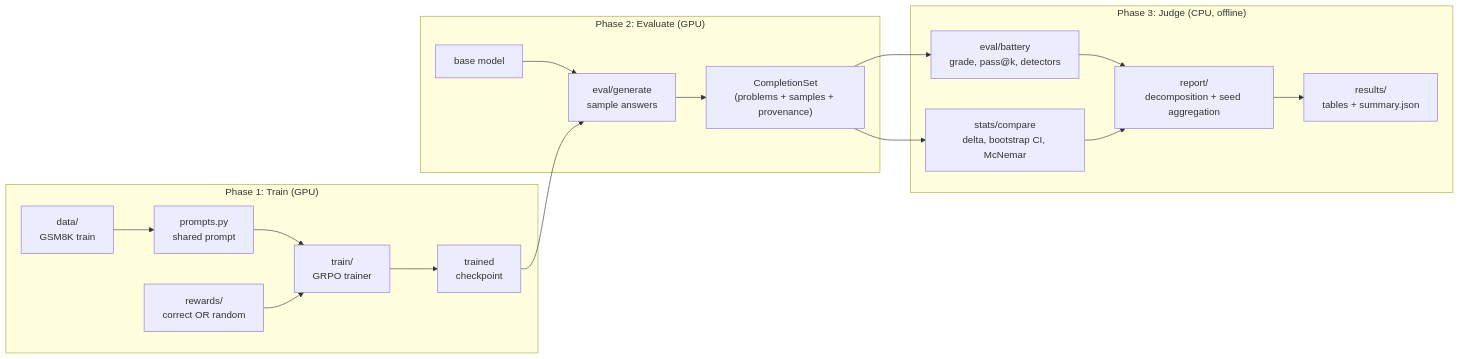
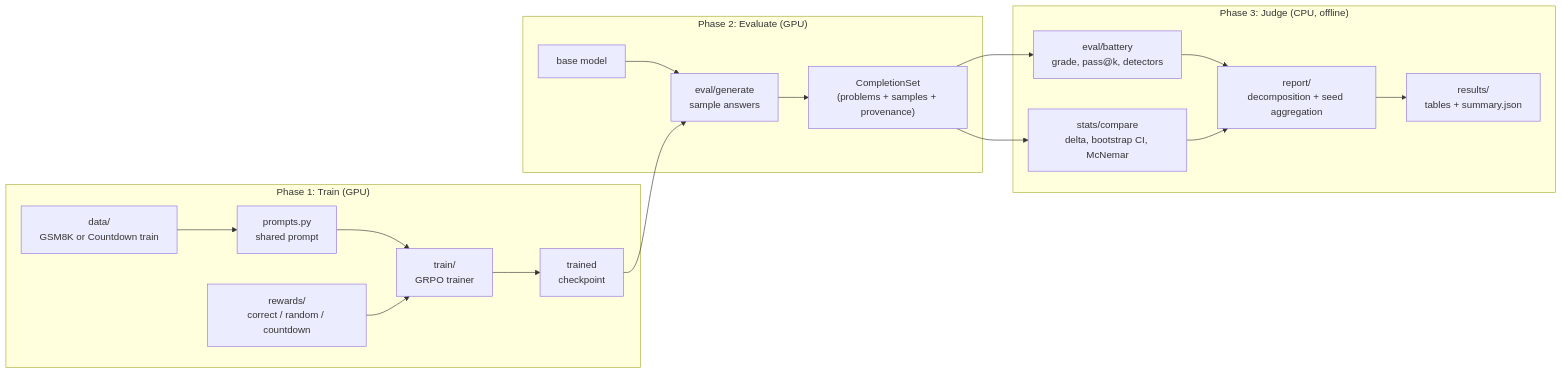
Before and after one commit to adamthuvesen/grpo-decomp: the first of 6 diagrams in docs/ARCHITECTURE.md, drawn with Mermaid. The commit also changed other lines of this file and 57 other files, not shown here.

````diff
--- a/docs/ARCHITECTURE.md
+++ b/docs/ARCHITECTURE.md
@@ -27,21 +27,21 @@
 ```mermaid
 flowchart LR
     subgraph p1["Phase 1: Train (GPU)"]
-        D["data/<br/>GSM8K train"] --> P["prompts.py<br/>shared prompt"]
+        D["data/<br/>GSM8K or Countdown train"] --> P["prompts.py<br/>shared prompt"]
         P --> T["train/<br/>GRPO trainer"]
-        R["rewards/<br/>correct OR random"] --> T
+        R["rewards/<br/>correct / random / countdown"] --> T
         T --> M["trained<br/>checkpoint"]
     end
     subgraph p2["Phase 2: Evaluate (GPU)"]
         BASE["base model"] --> G["eval/generate<br/>sample answers"]
         M --> G
         G --> CS["CompletionSet<br/>(problems + samples + provenance)"]
     end
     subgraph p3["Phase 3: Judge (CPU, offline)"]
         CS --> B["eval/battery<br/>grade, pass@k, detectors"]
         CS --> C["stats/compare<br/>delta, bootstrap CI, McNemar"]
         B --> REP["report/<br/>decomposition + seed aggregation"]
         C --> REP
         REP --> RES["results/<br/>tables + summary.json"]
     end
 ```
````
